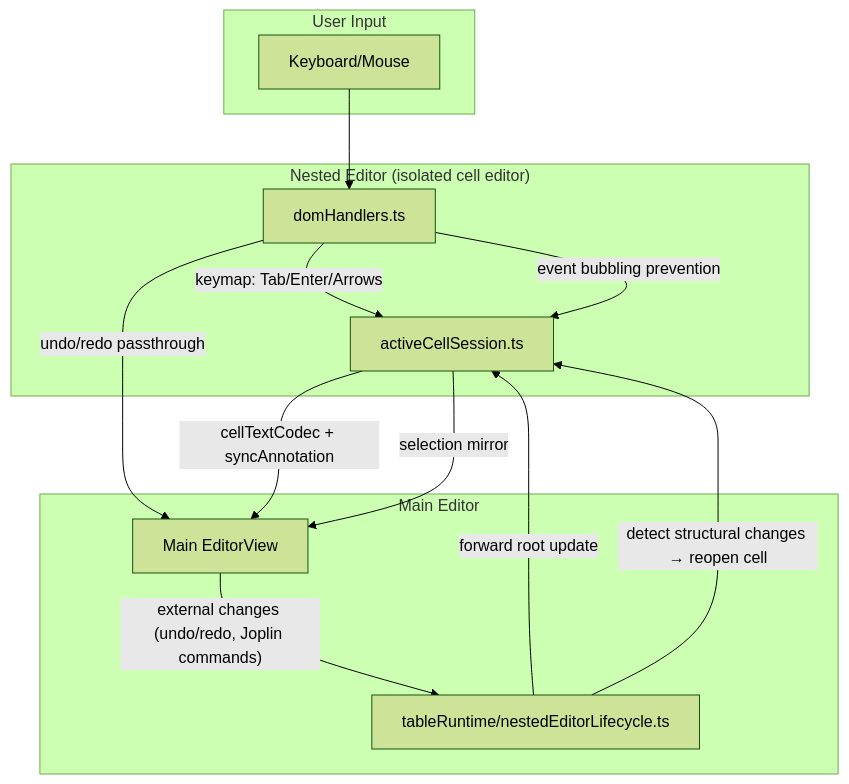
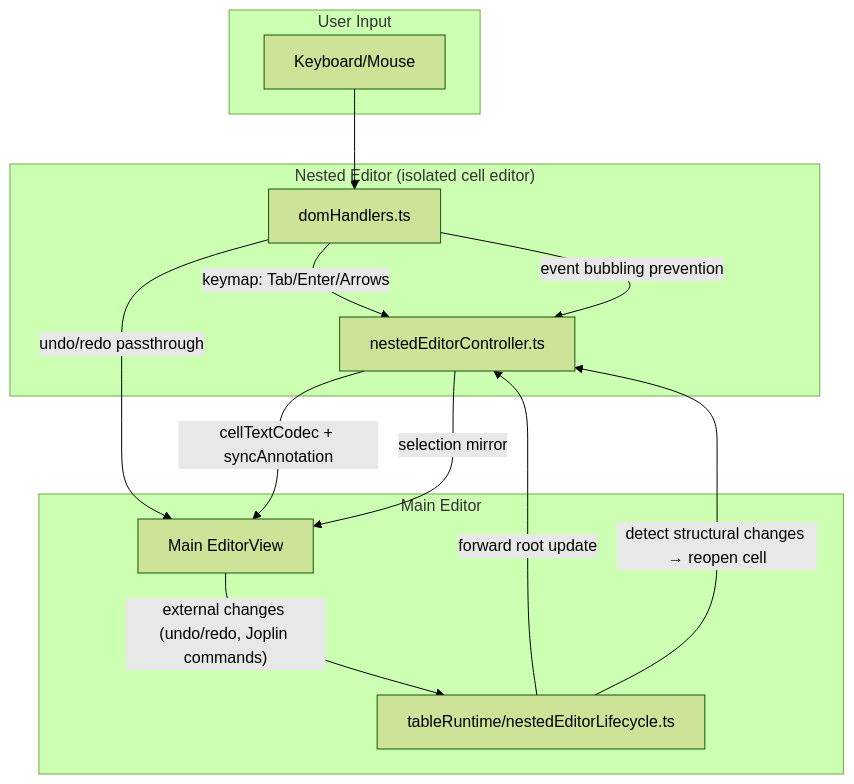
The diagram in docs/Architecture/Overview.md (bwat47/joplin-rich-tables), drawn with Mermaid (forest theme) before and after one commit. The commit also changed other lines of this file and 13 other files, not shown here.

First line of the commit message:
refactor: remove nested cell editor facade (#90)

````diff
--- a/docs/Architecture/Overview.md
+++ b/docs/Architecture/Overview.md
@@ -118,28 +119,28 @@
 ```mermaid
 flowchart TB
     subgraph User["User Input"]
         K["Keyboard/Mouse"]
     end
 
     subgraph Nested["Nested Editor (isolated cell editor)"]
-        NE["activeCellSession.ts"]
+        NE["nestedEditorController.ts"]
         DH["domHandlers.ts"]
     end
 
     subgraph Main["Main Editor"]
         ME["Main EditorView"]
         LC["tableRuntime/nestedEditorLifecycle.ts"]
     end
 
     K --> DH
     DH -->|"keymap: Tab/Enter/Arrows"| NE
     DH -->|"undo/redo passthrough"| ME
     DH -->|"event bubbling prevention"| NE
 
     NE -->|"cellTextCodec + syncAnnotation"| ME
     NE -->|"selection mirror"| ME
 
     ME -->|"external changes (undo/redo, Joplin commands)"| LC
     LC -->|"forward root update"| NE
     LC -->|"detect structural changes → reopen cell"| NE
 ```
````
